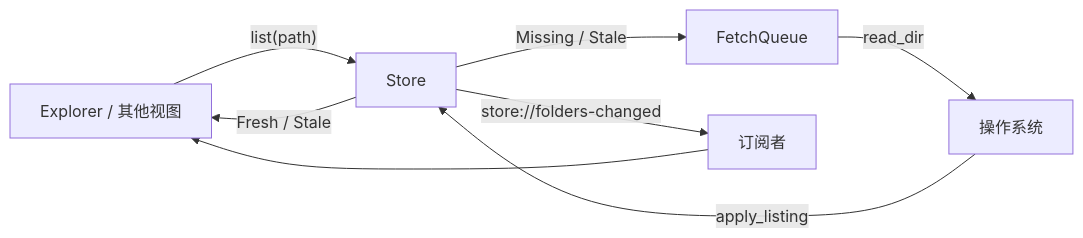
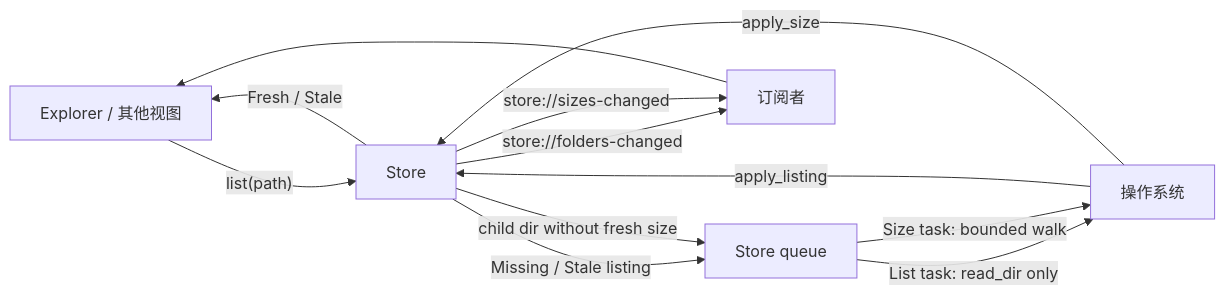
Before and after one commit to fancy2110/sift: the diagram in docs/architecture/store-centric.md, drawn with Mermaid. The commit also changed other lines of this file and 8 other files, not shown here.

First line of the commit message:
feat(store): schedule folder sizes and serve them from Store

````diff
--- a/docs/architecture/store-centric.md
+++ b/docs/architecture/store-centric.md
@@ -9,10 +9,14 @@
 ```mermaid
 flowchart LR
   UI["Explorer / 其他视图"] -->|"list(path)"| S["Store"]
   S -->|"Fresh / Stale"| UI
-  S -->|"Missing / Stale"| Q["FetchQueue"]
-  Q -->|"read_dir"| OS["操作系统"]
+  S -->|"Missing / Stale listing"| Q["Store queue"]
+  Q -->|"List task: read_dir only"| OS["操作系统"]
   OS -->|"apply_listing"| S
   S -->|"store://folders-changed"| SUB["订阅者"]
+  S -->|"child dir without fresh size"| Q
+  Q -->|"Size task: bounded walk"| OS
+  OS -->|"apply_size"| S
+  S -->|"store://sizes-changed"| SUB
   SUB --> UI
 ```
````
